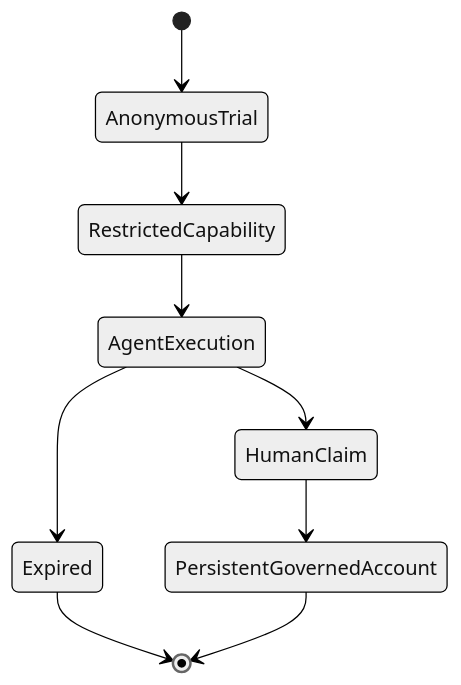
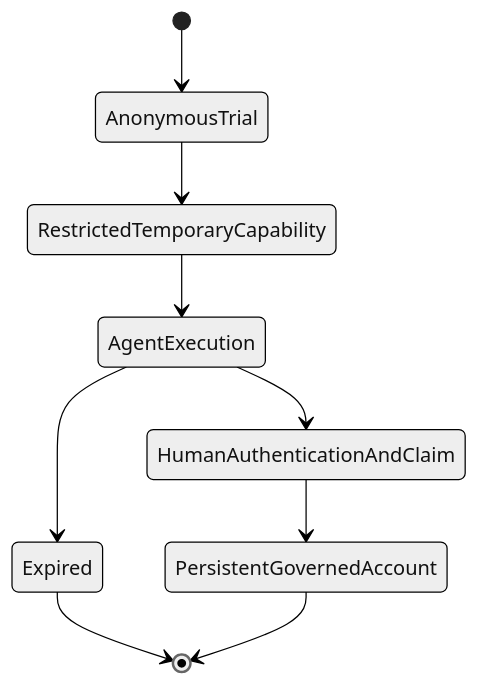
The fourth of 4 diagrams in notes/cloudflare-temporary-accounts-ai-agents/index.md (rmax-ai/rmax-ai.github.io), drawn with Mermaid (neutral theme) before and after one commit. The commit also changed other lines of this file and 2 other files, not shown here.

Commit message:
docs: revise cloudflare temporary accounts note

````diff
--- a/notes/cloudflare-temporary-accounts-ai-agents/index.md
+++ b/notes/cloudflare-temporary-accounts-ai-agents/index.md
@@ -195,11 +203,11 @@
 ```mermaid
 stateDiagram-v2
   [*] --> AnonymousTrial
-  AnonymousTrial --> RestrictedCapability
-  RestrictedCapability --> AgentExecution
-  AgentExecution --> HumanClaim
+  AnonymousTrial --> RestrictedTemporaryCapability
+  RestrictedTemporaryCapability --> AgentExecution
+  AgentExecution --> HumanAuthenticationAndClaim
   AgentExecution --> Expired
-  HumanClaim --> PersistentGovernedAccount
+  HumanAuthenticationAndClaim --> PersistentGovernedAccount
   Expired --> [*]
   PersistentGovernedAccount --> [*]
 ```
````
